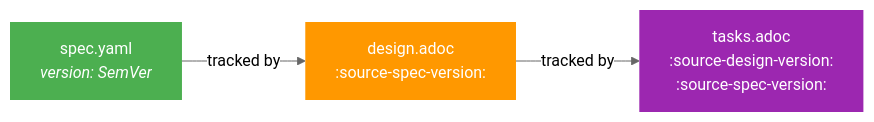
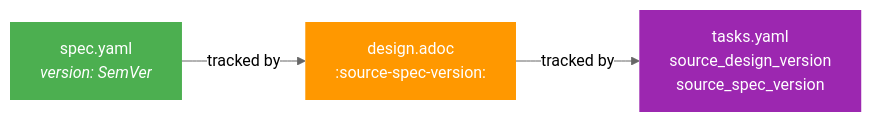
Before and after one commit to provenimpact/proven-capability: the fifth of 5 diagrams in README.md, drawn with Mermaid (neutral theme). The commit also changed other lines of this file and 10 other files, not shown here.

First line of the commit message:
feat: migrate tasks to schema-validated YAML format

````diff
--- a/README.md
+++ b/README.md
@@ -302,13 +302,13 @@
 ```mermaid
 flowchart LR
     S["spec.yaml<br/><i>version: SemVer</i>"]
     D["design.adoc<br/>:source-spec-version:"]
-    T["tasks.adoc<br/>:source-design-version:<br/>:source-spec-version:"]
+    T["tasks.yaml<br/>source_design_version<br/>source_spec_version"]
 
     S -->|tracked by| D
     D -->|tracked by| T
 
     style S fill:#4CAF50,color:#fff,stroke:none
     style D fill:#FF9800,color:#fff,stroke:none
     style T fill:#9C27B0,color:#fff,stroke:none
 ```
````
